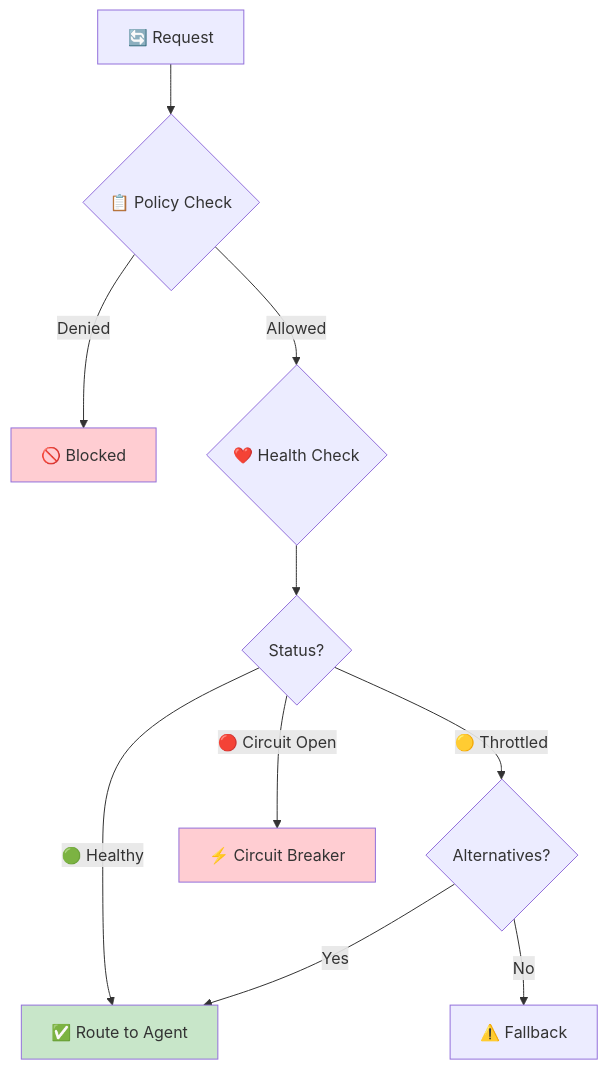
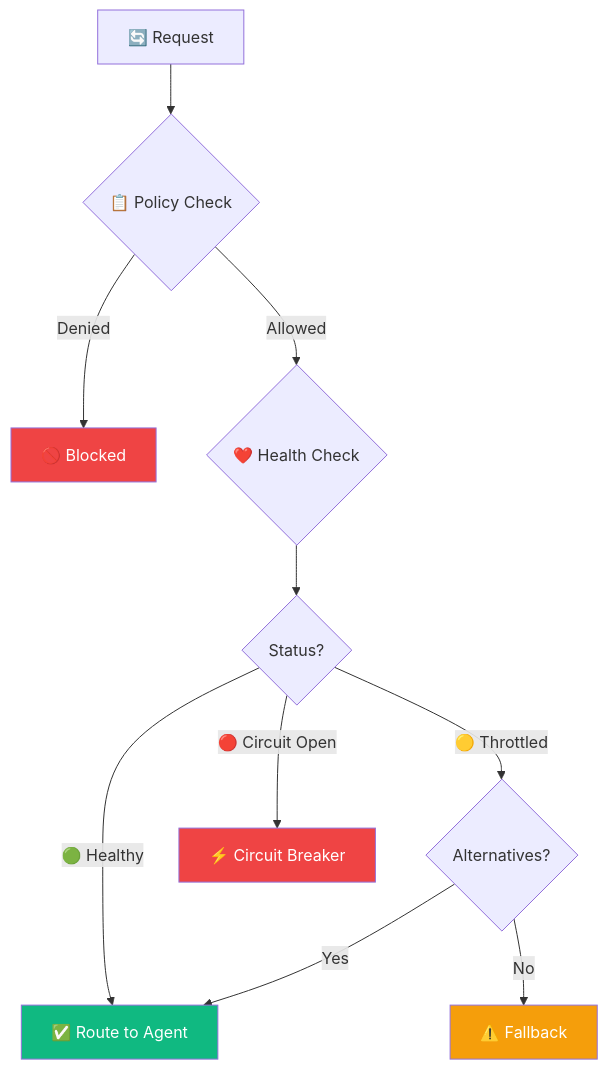
The fourth of 7 diagrams in README.md (jnPiyush/AI-Squad), drawn with Mermaid before and after one commit. The commit also changed other lines of this file and 1 other file, not shown here.

First line of the commit message:
Fix Mermaid diagram colors for better text readability

````diff
--- a/README.md
+++ b/README.md
@@ -140,18 +140,19 @@
 ```mermaid
 flowchart TD
     Req[🔄 Request] --> Policy{📋 Policy Check}
     Policy -->|Denied| Block[🚫 Blocked]
     Policy -->|Allowed| Health{❤️ Health Check}
     
     Health --> Status{Status?}
     Status -->|🟢 Healthy| Route[✅ Route to Agent]
     Status -->|🟡 Throttled| Alt{Alternatives?}
     Status -->|🔴 Circuit Open| CB[⚡ Circuit Breaker]
     
     Alt -->|Yes| Route
     Alt -->|No| Fallback[⚠️ Fallback]
     
-    style Route fill:#c8e6c9
-    style Block fill:#ffcdd2
-    style CB fill:#ffcdd2
+    style Route fill:#10b981,color:#fff
+    style Block fill:#ef4444,color:#fff
+    style CB fill:#ef4444,color:#fff
+    style Fallback fill:#f59e0b,color:#fff
 ```
````
